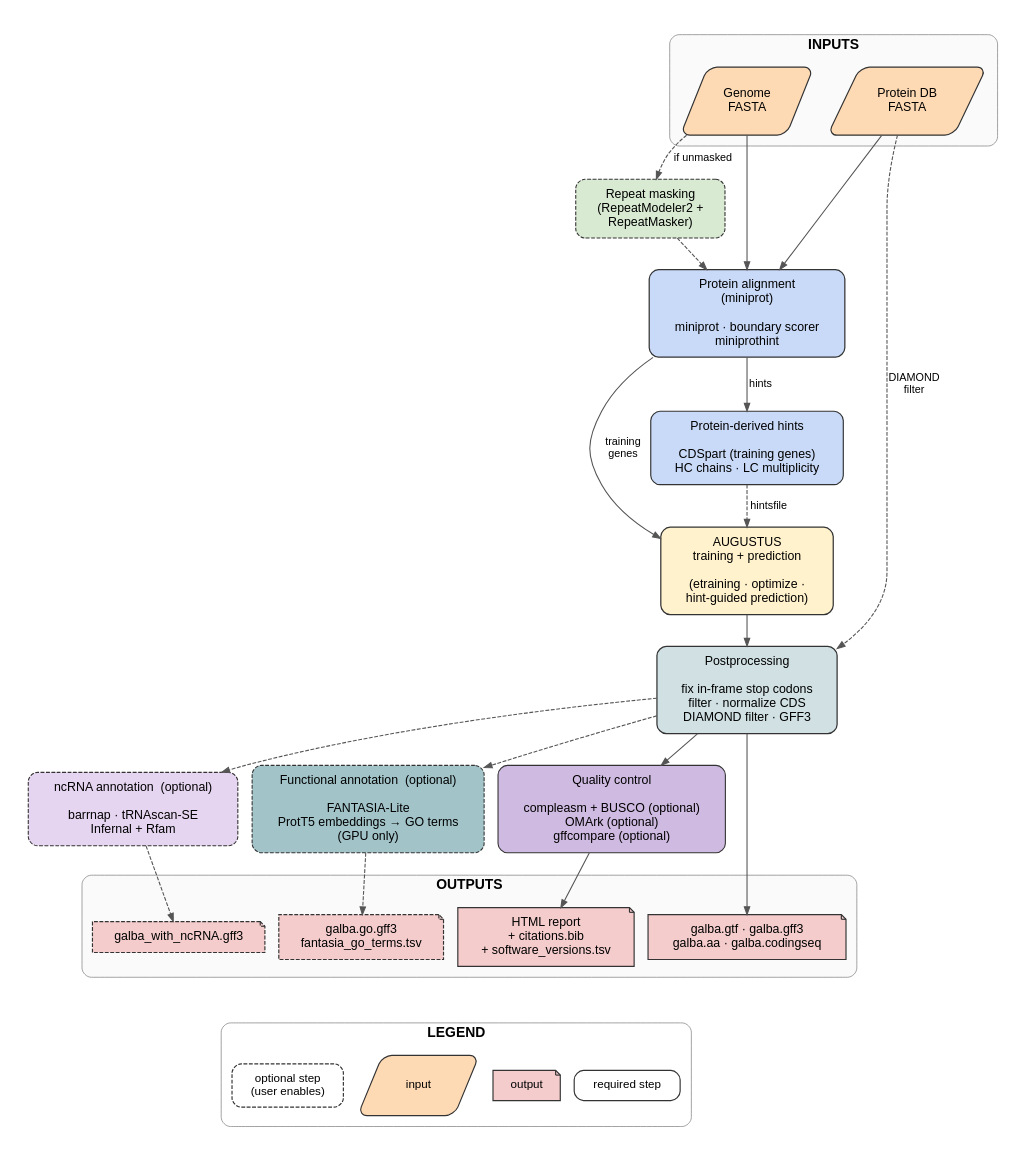
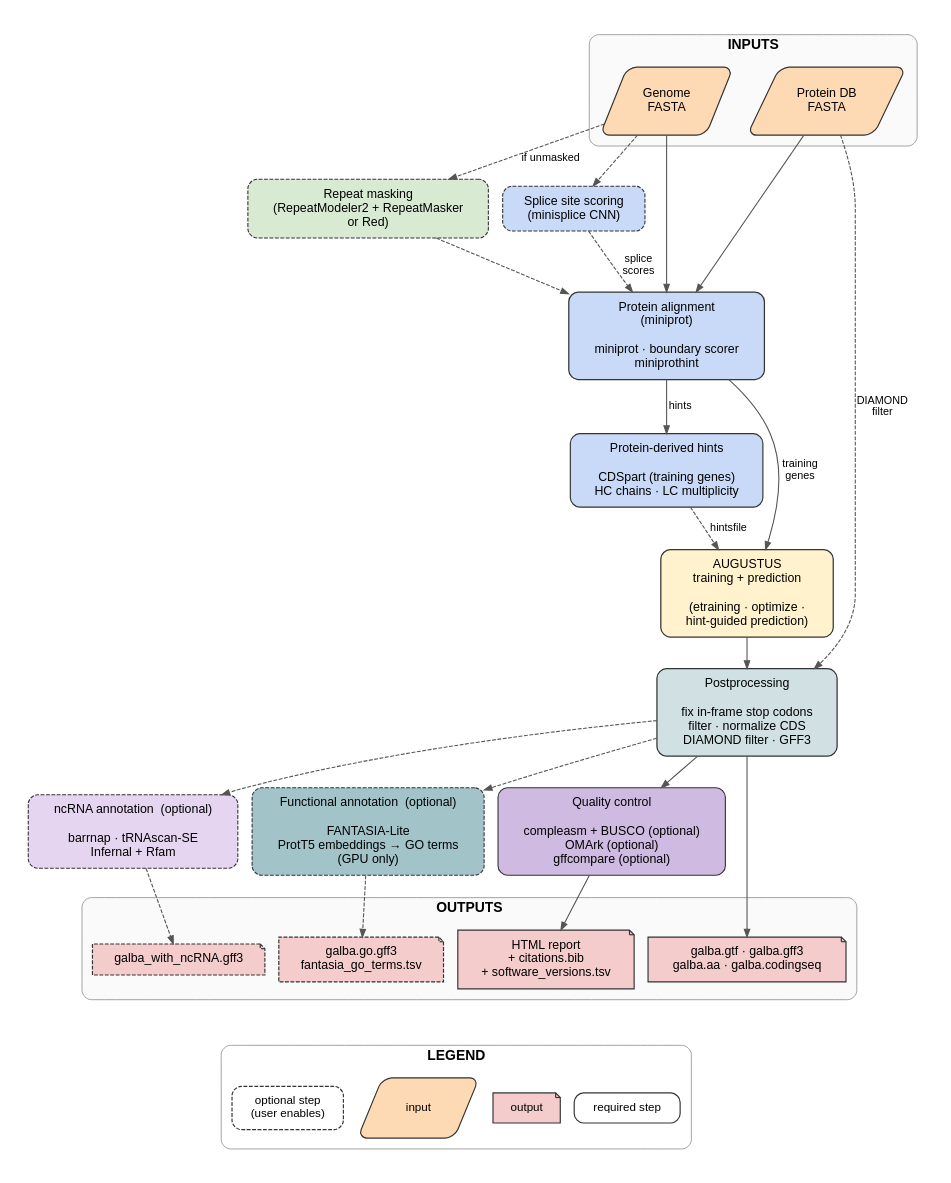
The diagram in img/pipeline_overview.dot (Gaius-Augustus/GALBA2), drawn with Graphviz before and after one commit. The commit also changed 14 other files, not shown here.

```diff
--- a/img/pipeline_overview.dot
+++ b/img/pipeline_overview.dot
@@ -65,8 +65,18 @@
      *  PREPROCESSING (optional repeat masking)
      * ===================================================== */
     masking [
-        label    = "Repeat masking\n(RepeatModeler2 +\nRepeatMasker)",
+        label    = "Repeat masking\n(RepeatModeler2 + RepeatMasker\nor Red)",
         fillcolor = "#d9ead3",
+        style     = "filled,rounded,dashed",
+        penwidth  = 1.4
+    ];
+
+    /* =====================================================
+     *  MINISPLICE  (optional splice site scoring)
+     * ===================================================== */
+    minisplice [
+        label    = "Splice site scoring\n(minisplice CNN)",
+        fillcolor = "#c9daf8",
         style     = "filled,rounded,dashed",
         penwidth  = 1.4
     ];
@@ -178,9 +188,13 @@
     /* Inputs → masking (optional) */
     in_genome -> masking [style = "dashed", label = "if unmasked"];
 
+    /* Genome → minisplice (optional) */
+    in_genome   -> minisplice [style = "dashed"];
+
     /* Inputs / masking → miniprot */
     in_genome   -> miniprot [weight = 20];
     masking     -> miniprot [style = "dashed"];
+    minisplice  -> miniprot [style = "dashed", label = "splice\nscores"];
     in_proteins -> miniprot;
 
     /* miniprot → hints + training genes */
```
